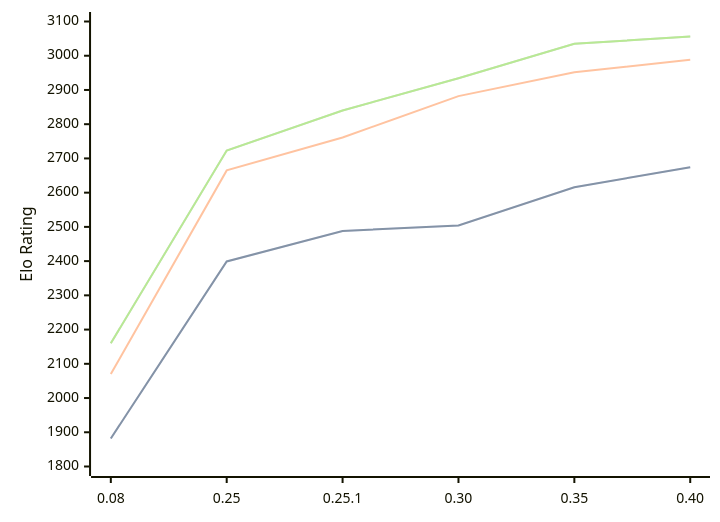
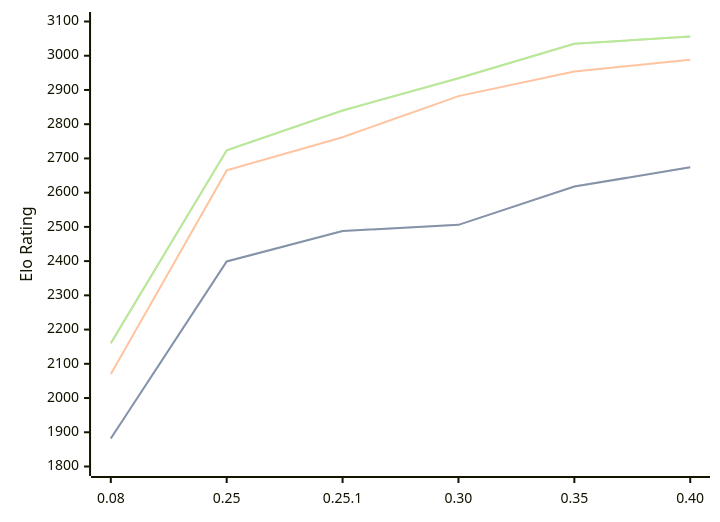
Before and after one commit to computer-chess-index/cci: the diagram in engines/Gecko.md, drawn with Mermaid. The commit also changed other lines of this file, not shown here.

Commit message:
Update CCI Ratings (ELO VLTC) - 2026-10-08

````diff
--- a/engines/Gecko.md
+++ b/engines/Gecko.md
@@ -36,11 +36,11 @@
 ```mermaid
 %%{init: {"theme":"base","themeVariables":{"seriesColors:['#a3a3a3','#222221','#faa371']}}}%%
 xychart-beta
   x-axis ["0.08", "0.25", "0.25.1", "0.30", "0.35", "0.40"]
   y-axis "Elo Rating" 1800 --> 3100
-  line "" [1882, 2399, 2488, 2504, 2616, 2674]
-  line "STC (8.0+0.08s)" [1882, 2399, 2488, 2504, 2616, 2674]
-  line "LTC (60.0+0.60s)" [2070, 2665, 2761, 2882, 2952, 2988]
-  line "" [2160, 2723, 2840, 2934, 3035, 3056]
-  line "VLTC (2m24s+1.12s)" [2160, 2723, 2840, 2934, 3035, 3056]
+  line "" [1882, 2399, 2488, 2506, 2618, 2674]
+  line "STC (8.0+0.08s)" [1882, 2399, 2488, 2506, 2618, 2674]
+  line "LTC (60.0+0.60s)" [2070, 2665, 2762, 2882, 2954, 2988]
+  line "" [2160, 2724, 2840, 2934, 3035, 3056]
+  line "VLTC (2m24s+1.12s)" [2160, 2724, 2840, 2934, 3035, 3056]
 ```
````
